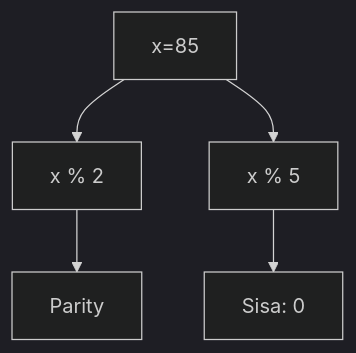
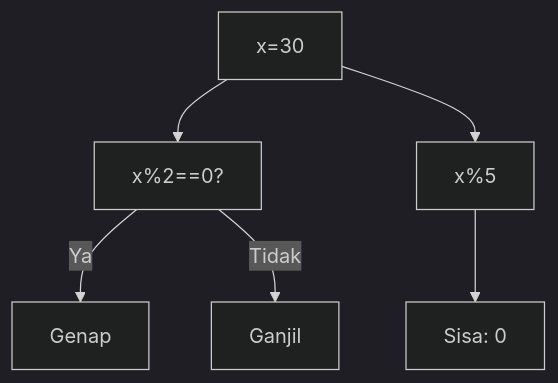
The eighth of 25 diagrams in part-c-pemahaman-cpp/05-rekursi/latihan/set-07.md (amnahwaida/OSNK_INF_PREP), drawn with Mermaid (dark theme) before and after one commit. The commit also changed other lines of this file and 71 other files, not shown here.

Commit message:
Fixed Mermaid syntax lexical errors with quoted labels in 1,800 questions

````diff
--- a/part-c-pemahaman-cpp/05-rekursi/latihan/set-07.md
+++ b/part-c-pemahaman-cpp/05-rekursi/latihan/set-07.md
@@ -110,7 +247,8 @@
 ```mermaid
 graph TD
-A[x=85] --> B[x % 2]
-B --> C[Parity]
-A --> D[x % 5]
-D --> E[Sisa: 0]
+A["x=30"] --> B["x%2==0?"]
+B -- Ya --> C["Genap"]
+B -- Tidak --> D["Ganjil"]
+A --> E["x%5"]
+E --> F["Sisa: 0"]
 ```
````
